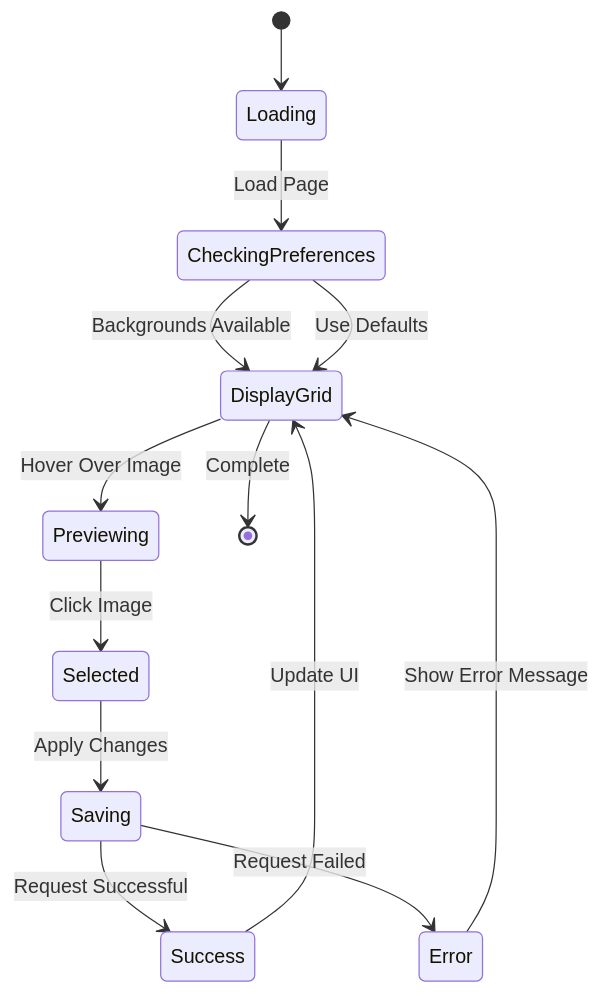
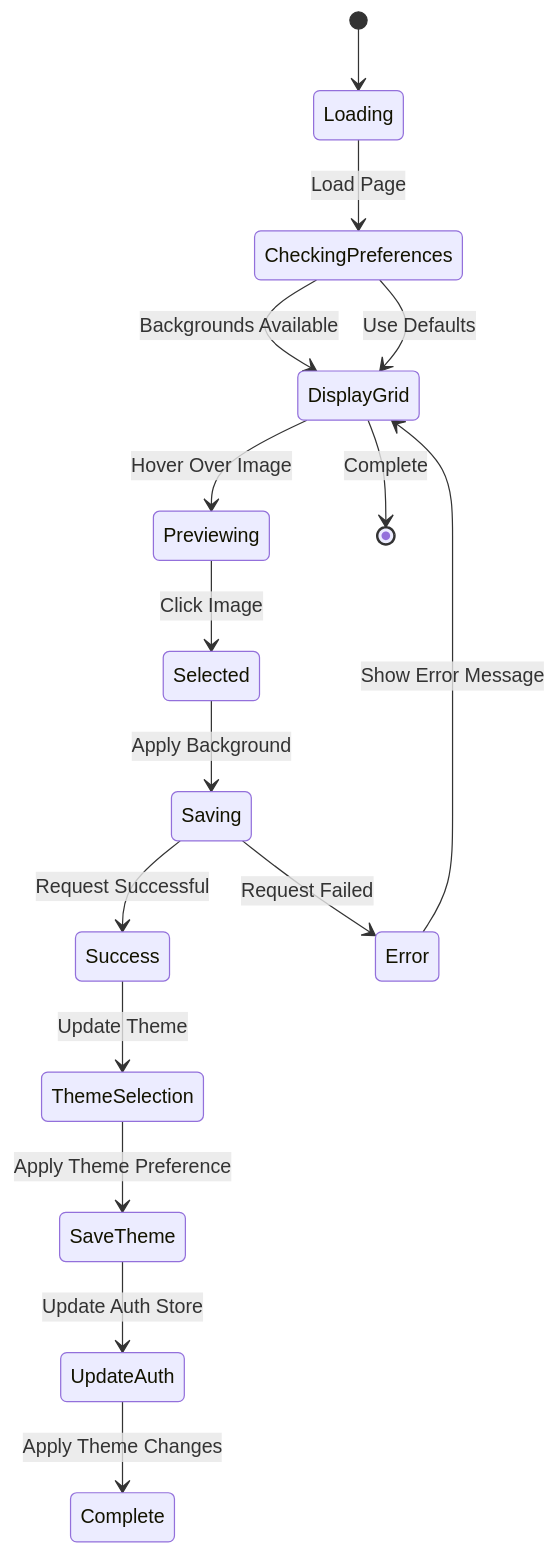
Before and after one commit to Nikita5543/New-SSO-02: the tenth of 13 diagrams in .qoder/repowiki/en/content/Per-User Background Image System.md, drawn with Mermaid. The commit also changed other lines of this file and 3 other files, not shown here.

First line of the commit message:
feat(user): add unified profile update with theme and background support

````diff
--- a/.qoder/repowiki/en/content/Per-User Background Image System.md
+++ b/.qoder/repowiki/en/content/Per-User Background Image System.md
@@ -419,15 +435,18 @@
 ```mermaid
 stateDiagram-v2
 [*] --> Loading
 Loading --> CheckingPreferences : Load Page
 CheckingPreferences --> DisplayGrid : Backgrounds Available
 CheckingPreferences --> DisplayGrid : Use Defaults
 DisplayGrid --> Previewing : Hover Over Image
 Previewing --> Selected : Click Image
-Selected --> Saving : Apply Changes
+Selected --> Saving : Apply Background
 Saving --> Success : Request Successful
 Saving --> Error : Request Failed
-Success --> DisplayGrid : Update UI
+Success --> ThemeSelection : Update Theme
+ThemeSelection --> SaveTheme : Apply Theme Preference
+SaveTheme --> UpdateAuth : Update Auth Store
+UpdateAuth --> Complete : Apply Theme Changes
 Error --> DisplayGrid : Show Error Message
 DisplayGrid --> [*] : Complete
 ```
````
